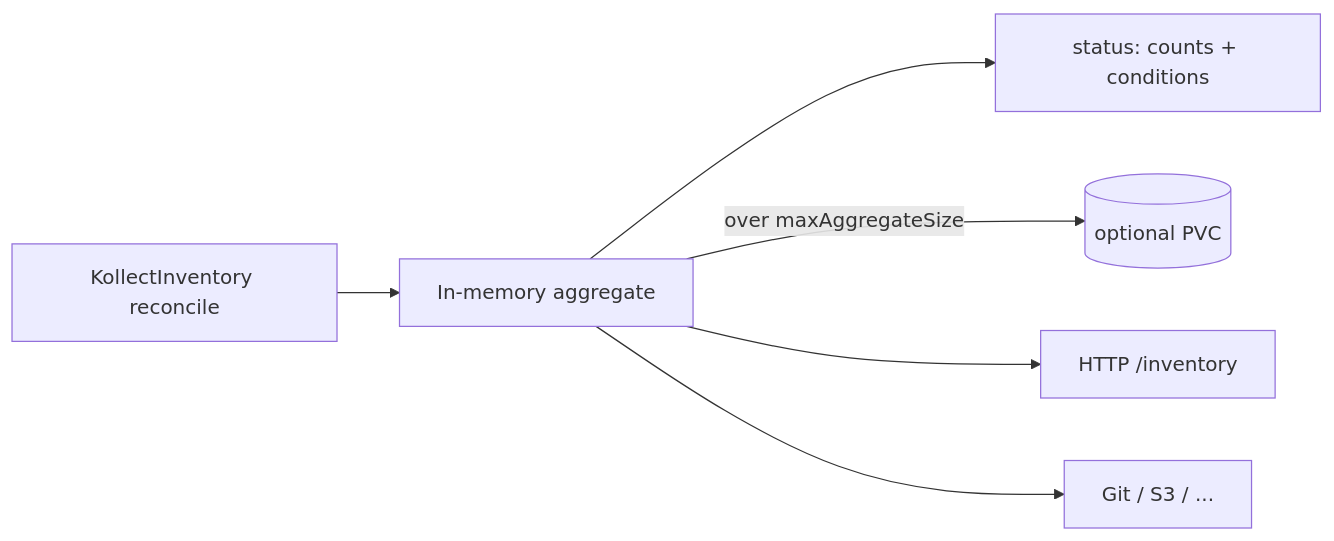
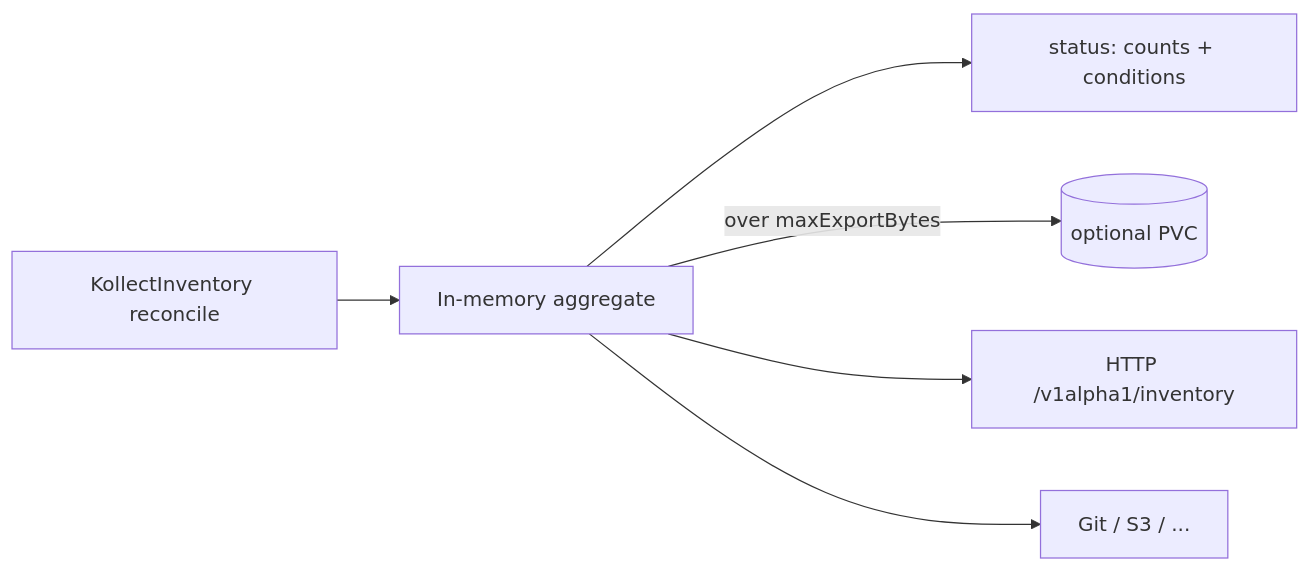
One commit to PlatformRelay/Kollect changed the diagram in docs/adr/0006-etcd-limit.md. Above: the diagram before and after it, drawn with Mermaid. The commit also changed other lines of this file and 11 other files, not shown here.

````diff
--- a/docs/adr/0006-etcd-limit.md
+++ b/docs/adr/0006-etcd-limit.md
@@ -54,14 +59,14 @@
 ```mermaid
 flowchart LR
   Inv[KollectInventory reconcile]
   Mem[In-memory aggregate]
   Status[status: counts + conditions]
   PVC[(optional PVC)]
-  HTTP[HTTP /inventory]
+  HTTP[HTTP /v1alpha1/inventory]
   Sink[Git / S3 / ...]
   Inv --> Mem
   Mem --> Status
-  Mem -->|over maxAggregateSize| PVC
+  Mem -->|over maxExportBytes| PVC
   Mem --> HTTP
   Mem --> Sink
 ```
````
